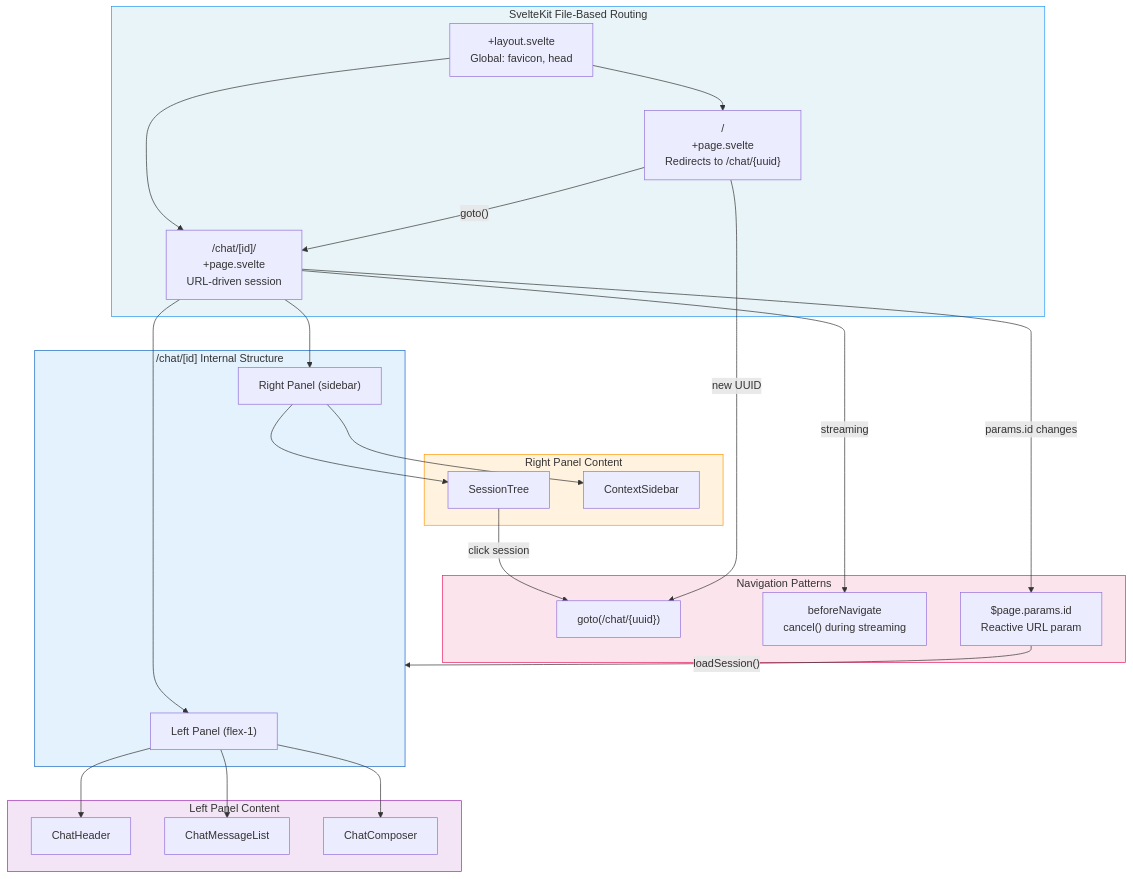
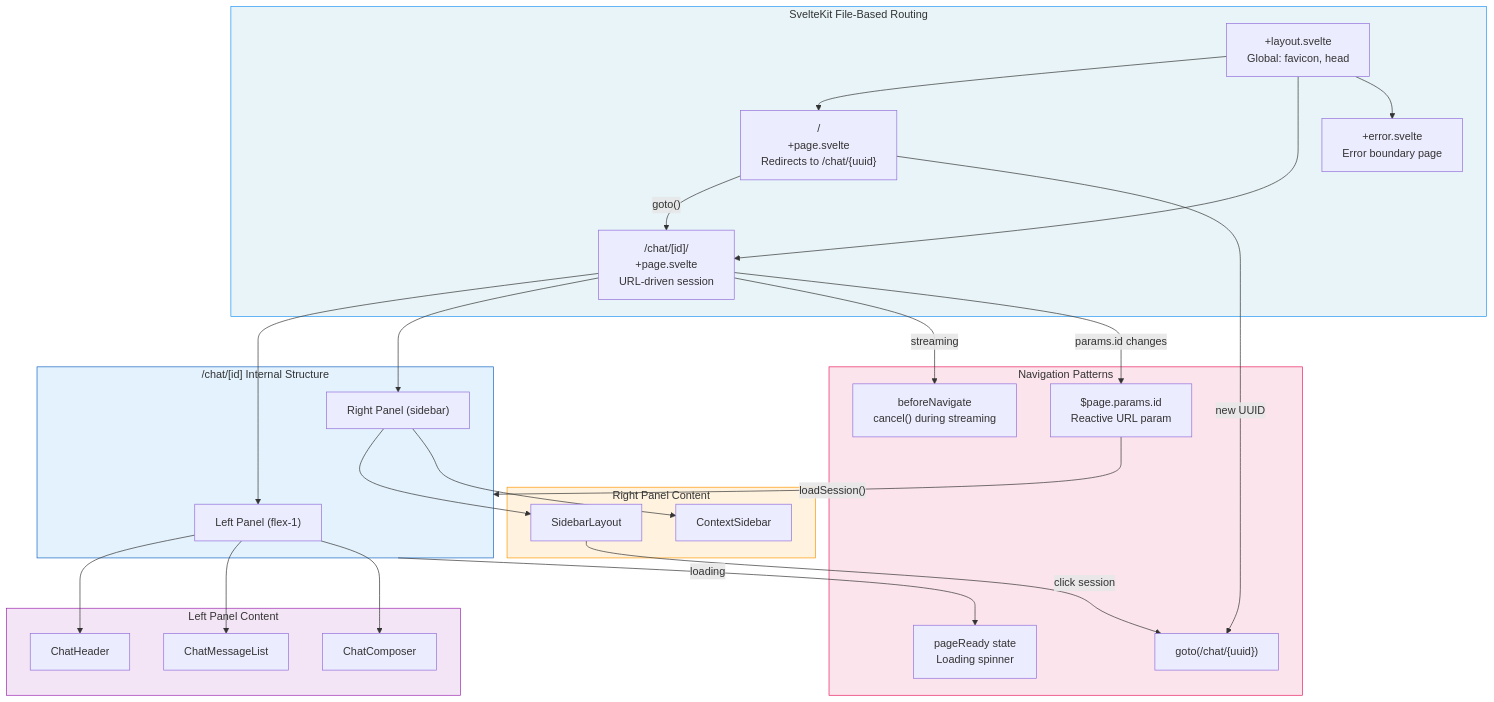
One commit to m1981/kuchnie changed the seventh of 12 diagrams in kitchen-agent/docs/specs/frontend-diagrams.md. Above: the diagram before and after it, drawn with Mermaid. The commit also changed other lines of this file and 1 other file, not shown here.

First line of the commit message:
docs: update architecture diagrams for refactor v2

````diff
--- a/kitchen-agent/docs/specs/frontend-diagrams.md
+++ b/kitchen-agent/docs/specs/frontend-diagrams.md
@@ -402,57 +457,61 @@
 ```mermaid
 graph TB
     subgraph Routes["SvelteKit File-Based Routing"]
         Root["/<br/>+page.svelte<br/>Redirects to /chat/{uuid}"]
         Chat["/chat/[id]/<br/>+page.svelte<br/>URL-driven session"]
+        Error["+error.svelte<br/>Error boundary page"]
         Layout["+layout.svelte<br/>Global: favicon, head"]
     end
 
     subgraph ChatPage["/chat/[id] Internal Structure"]
         LeftPanel["Left Panel (flex-1)"]
         RightPanel["Right Panel (sidebar)"]
     end
 
     subgraph LeftContent["Left Panel Content"]
         Header["ChatHeader"]
         Messages["ChatMessageList"]
         Composer["ChatComposer"]
     end
 
     subgraph RightContent["Right Panel Content"]
-        SessionTree["SessionTree"]
+        SidebarLayout["SidebarLayout"]
         ContextSidebar["ContextSidebar"]
     end
 
     subgraph Navigation["Navigation Patterns"]
         Goto["goto(/chat/{uuid})"]
         BeforeNav["beforeNavigate<br/>cancel() during streaming"]
         PageStore["$page.params.id<br/>Reactive URL param"]
+        PageReady["pageReady state<br/>Loading spinner"]
     end
 
     Layout --> Root
     Layout --> Chat
+    Layout --> Error
 
     Root -->|"goto()"| Chat
 
     Chat --> LeftPanel
     Chat --> RightPanel
 
     LeftPanel --> Header
     LeftPanel --> Messages
     LeftPanel --> Composer
 
-    RightPanel --> SessionTree
+    RightPanel --> SidebarLayout
     RightPanel --> ContextSidebar
 
-    SessionTree -->|"click session"| Goto
+    SidebarLayout -->|"click session"| Goto
     Root -->|"new UUID"| Goto
     Chat -->|"streaming"| BeforeNav
     Chat -->|"params.id changes"| PageStore
     PageStore -->|"loadSession()"| ChatPage
+    ChatPage -->|"loading"| PageReady
 
     style Routes fill:#e8f4f8,stroke:#2196F3
     style ChatPage fill:#e3f2fd,stroke:#1565C0
     style LeftContent fill:#f3e5f5,stroke:#9C27B0
     style RightContent fill:#fff3e0,stroke:#FF9800
     style Navigation fill:#fce4ec,stroke:#E91E63
 ```
````
